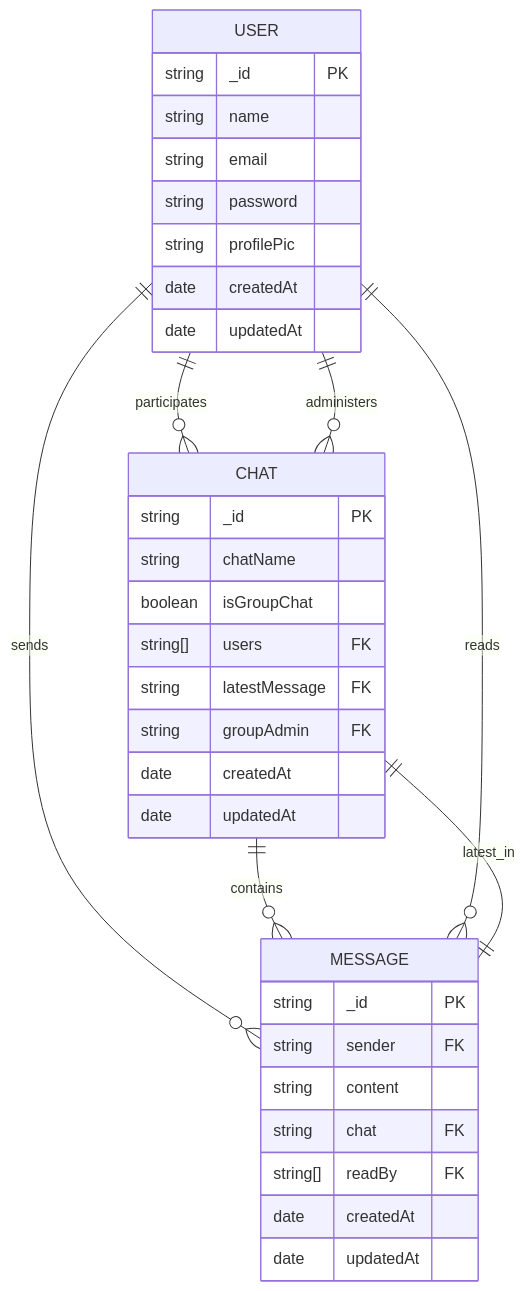
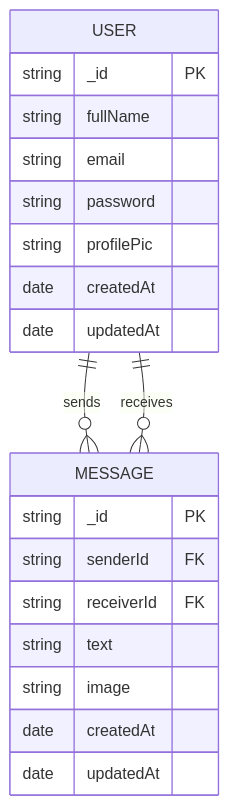
Before and after one commit to MayankB1708/Converge: the fourth of 5 diagrams in README.md, drawn with Mermaid. The commit also changed other lines of this file, not shown here.

Commit message:
Revise README for user auth and API updates

````diff
--- a/README.md
+++ b/README.md
@@ -133,40 +132,25 @@
 ```mermaid
 erDiagram
     USER {
         string _id PK
-        string name
+        string fullName
         string email
         string password
         string profilePic
         date createdAt
         date updatedAt
     }
     
-    CHAT {
+    MESSAGE {
         string _id PK
-        string chatName
-        boolean isGroupChat
-        string[] users FK
-        string latestMessage FK
-        string groupAdmin FK
+        string senderId FK
+        string receiverId FK
+        string text
+        string image
         date createdAt
         date updatedAt
     }
     
-    MESSAGE {
-        string _id PK
-        string sender FK
-        string content
-        string chat FK
-        string[] readBy FK
-        date createdAt
-        date updatedAt
-    }
-    
-    USER ||--o{ CHAT : "participates"
     USER ||--o{ MESSAGE : "sends"
-    CHAT ||--o{ MESSAGE : "contains"
-    USER ||--o{ MESSAGE : "reads"
-    USER ||--o{ CHAT : "administers"
-    MESSAGE ||--|| CHAT : "latest_in"
+    USER ||--o{ MESSAGE : "receives"
 ```
````
